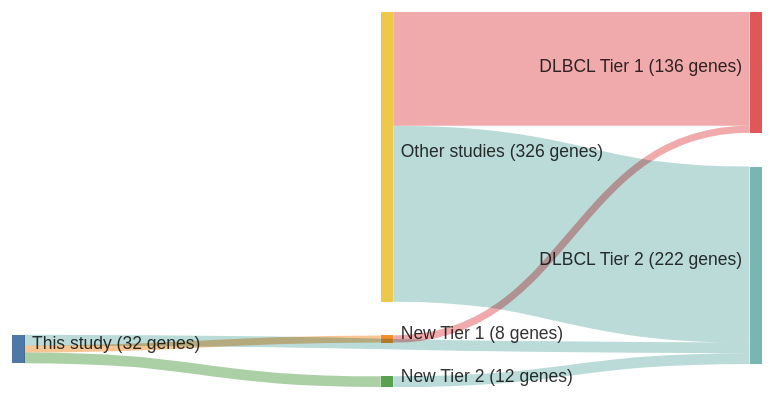
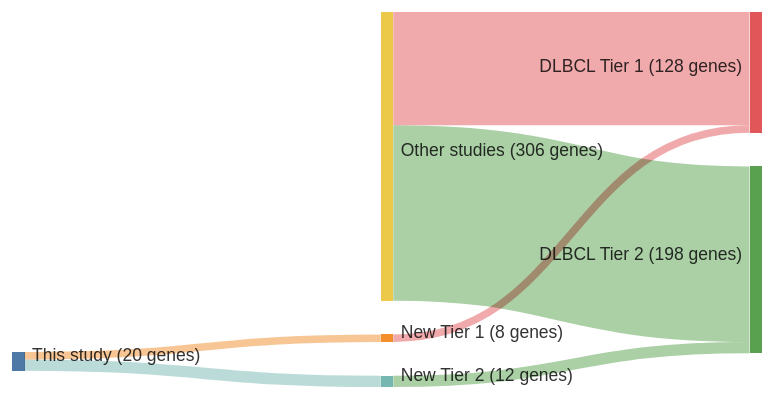
The diagram in papers/arthurGenomewideDiscoverySomatic2018.md (morinlab/lymphopedia), drawn with Mermaid before and after one commit. The commit also changed 81 other files, not shown here.

````diff
--- a/papers/arthurGenomewideDiscoverySomatic2018.md
+++ b/papers/arthurGenomewideDiscoverySomatic2018.md
@@ -12,21 +12,20 @@
 ```mermaid
 ---
 config:
     sankey:
         showValues: true
         linkColor: target
         width: 600
         height: 300
         nodeAlignment: right
         prefix: '('
         suffix: ' genes)'
 ---
 sankey-beta
 This study, New Tier 1, 8
 New Tier 1, DLBCL Tier 1, 8
-This study, DLBCL Tier 2, 12
 This study, New Tier 2, 12
 New Tier 2, DLBCL Tier 2, 12
-Other studies, DLBCL Tier 1, 128
-Other studies, DLBCL Tier 2, 198
+Other studies, DLBCL Tier 1, 120
+Other studies, DLBCL Tier 2, 186
 ```
````
